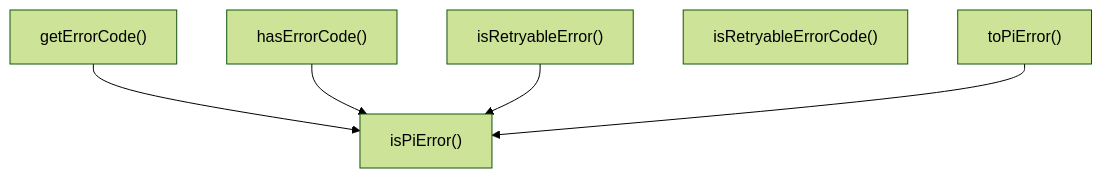
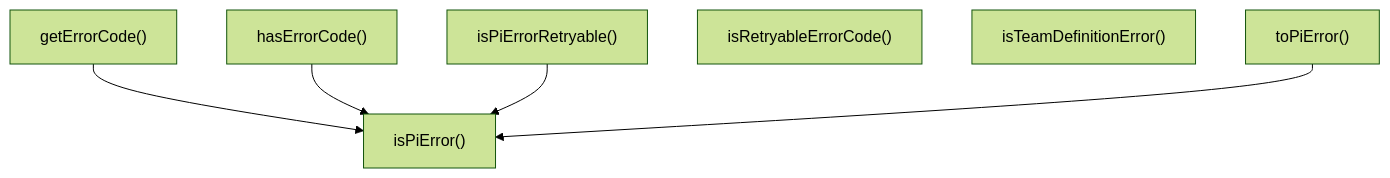
Before and after one commit to Mekann2904/mekann: the second of 2 diagrams in ABDD/.pi/lib/errors.md, drawn with Mermaid (forest theme). The commit also changed other lines of this file and 205 other files, not shown here.

````diff
--- a/ABDD/.pi/lib/errors.md
+++ b/ABDD/.pi/lib/errors.md
@@ -138,13 +157,14 @@
 ```mermaid
 flowchart TD
   getErrorCode["getErrorCode()"]
   hasErrorCode["hasErrorCode()"]
   isPiError["isPiError()"]
-  isRetryableError["isRetryableError()"]
+  isPiErrorRetryable["isPiErrorRetryable()"]
   isRetryableErrorCode["isRetryableErrorCode()"]
+  isTeamDefinitionError["isTeamDefinitionError()"]
   toPiError["toPiError()"]
   getErrorCode --> isPiError
   hasErrorCode --> isPiError
-  isRetryableError --> isPiError
+  isPiErrorRetryable --> isPiError
   toPiError --> isPiError
 ```
````
